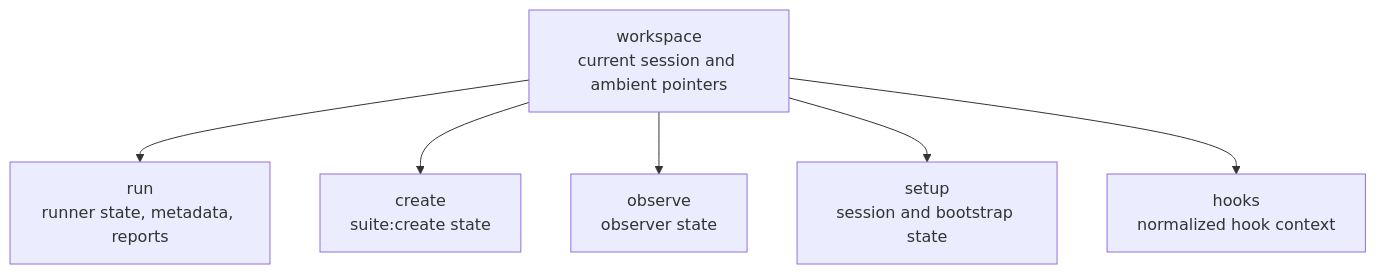
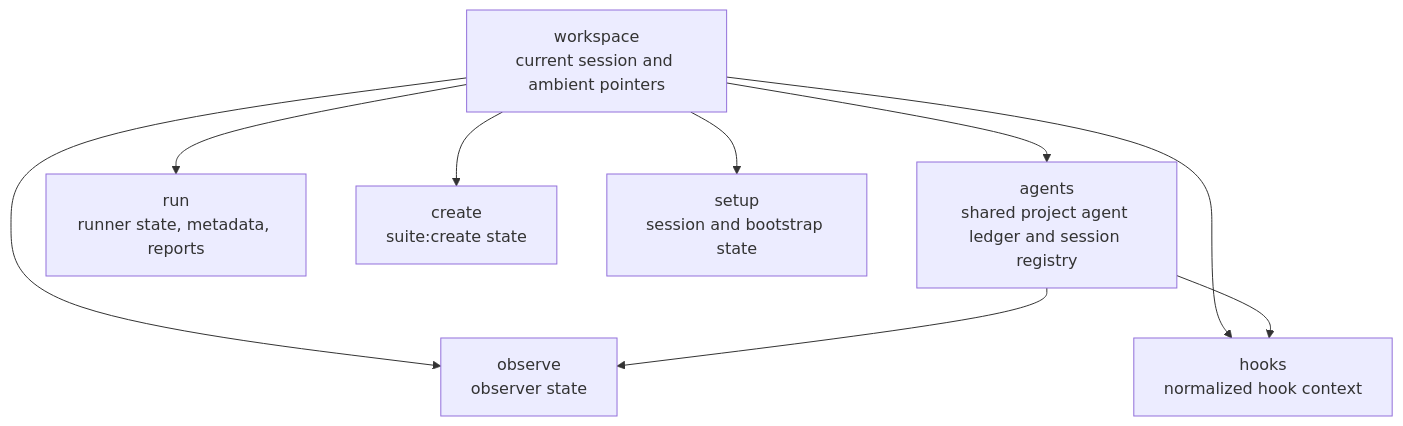
The third of 3 diagrams in ARCHITECTURE.md (smykla-skalski/harness), drawn with Mermaid before and after one commit. The commit also changed other lines of this file and 8 other files, not shown here.

````diff
--- a/ARCHITECTURE.md
+++ b/ARCHITECTURE.md
@@ -119,15 +150,19 @@
 ```mermaid
 flowchart TD
     Workspace["workspace\ncurrent session and ambient pointers"]
+    Agents["agents\nshared project agent ledger and session registry"]
     Run["run\nrunner state, metadata, reports"]
     Create["create\nsuite:create state"]
     Observe["observe\nobserver state"]
     Setup["setup\nsession and bootstrap state"]
     Hooks["hooks\nnormalized hook context"]
 
+    Workspace --> Agents
     Workspace --> Run
     Workspace --> Create
     Workspace --> Observe
     Workspace --> Setup
     Workspace --> Hooks
+    Agents --> Observe
+    Agents --> Hooks
 ```
````
